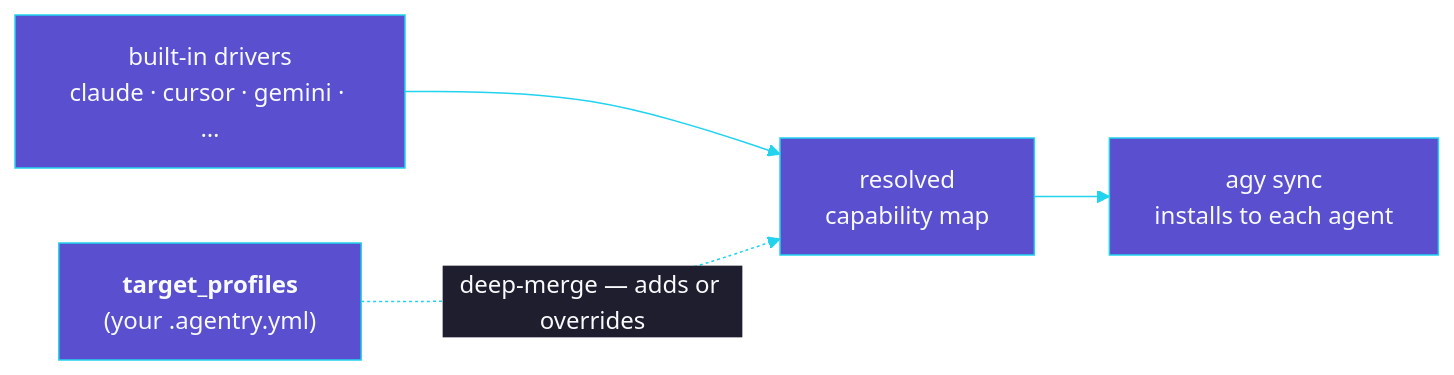
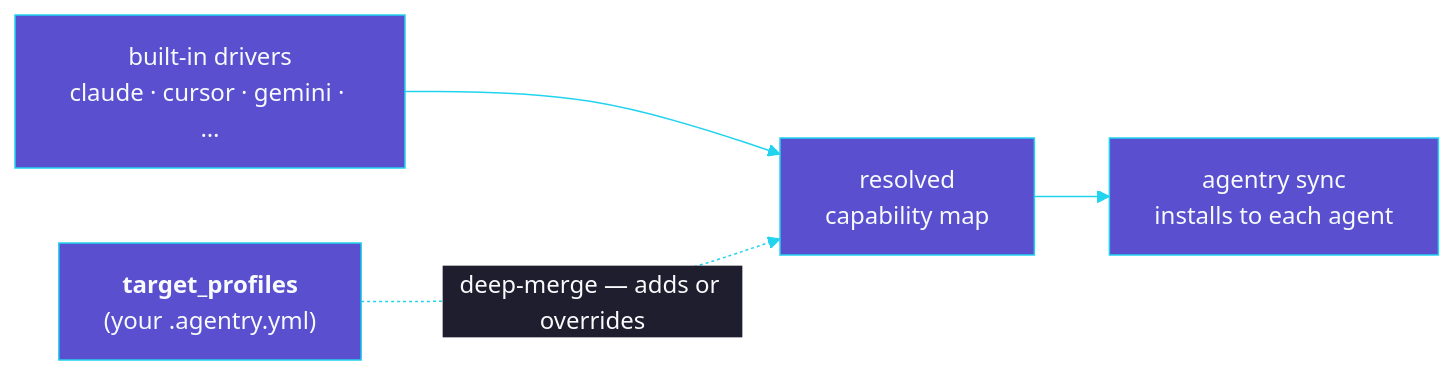
One commit to OpenTechIL/agentry changed the second of 2 diagrams in README.md. Above: the diagram before and after it, drawn with Mermaid. The commit also changed other lines of this file and 15 other files, not shown here.

````diff
--- a/README.md
+++ b/README.md
@@ -239,7 +277,7 @@
 ```mermaid
 %%{init: {'theme':'base','themeVariables':{'primaryColor':'#5A4FCF','primaryTextColor':'#F8FAFC','lineColor':'#22D3EE','primaryBorderColor':'#22D3EE','secondaryColor':'#1E1E2E'}}}%%
 flowchart LR
   B["built-in drivers<br/>claude · cursor · gemini · …"] --> M["resolved<br/>capability map"]
   P["<b>target_profiles</b><br/>(your .agentry.yml)"] -.->|"deep-merge — adds or overrides"| M
-  M --> I["agy sync<br/>installs to each agent"]
+  M --> I["agentry sync<br/>installs to each agent"]
 ```
````
